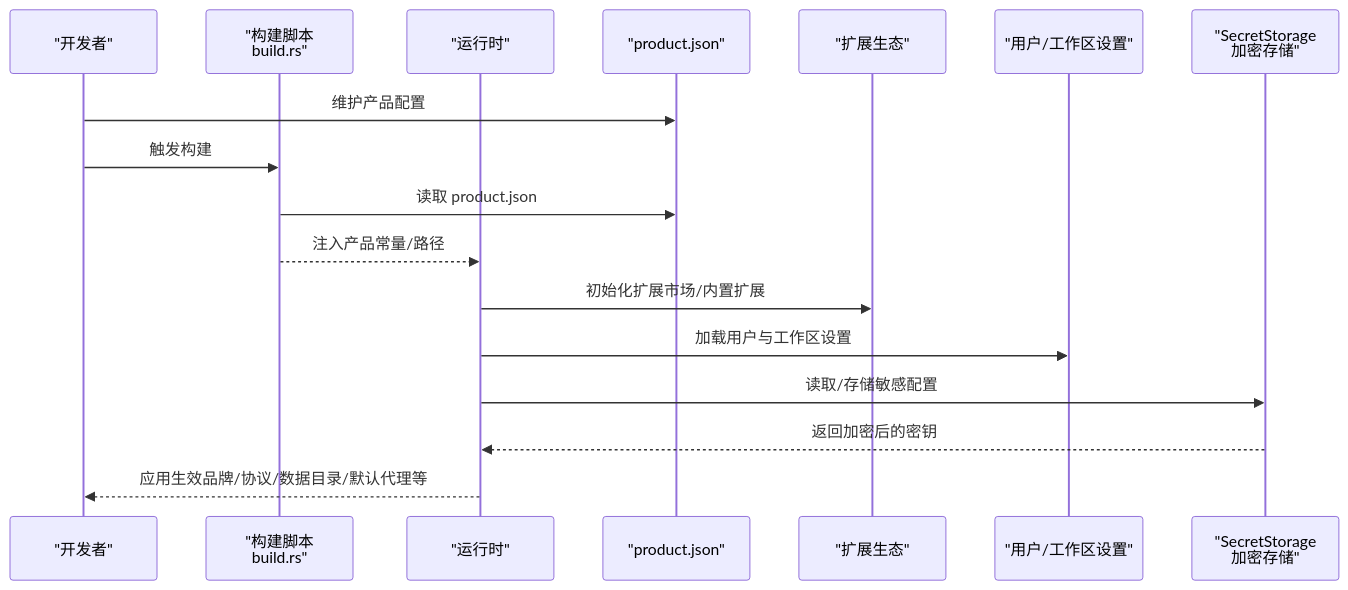
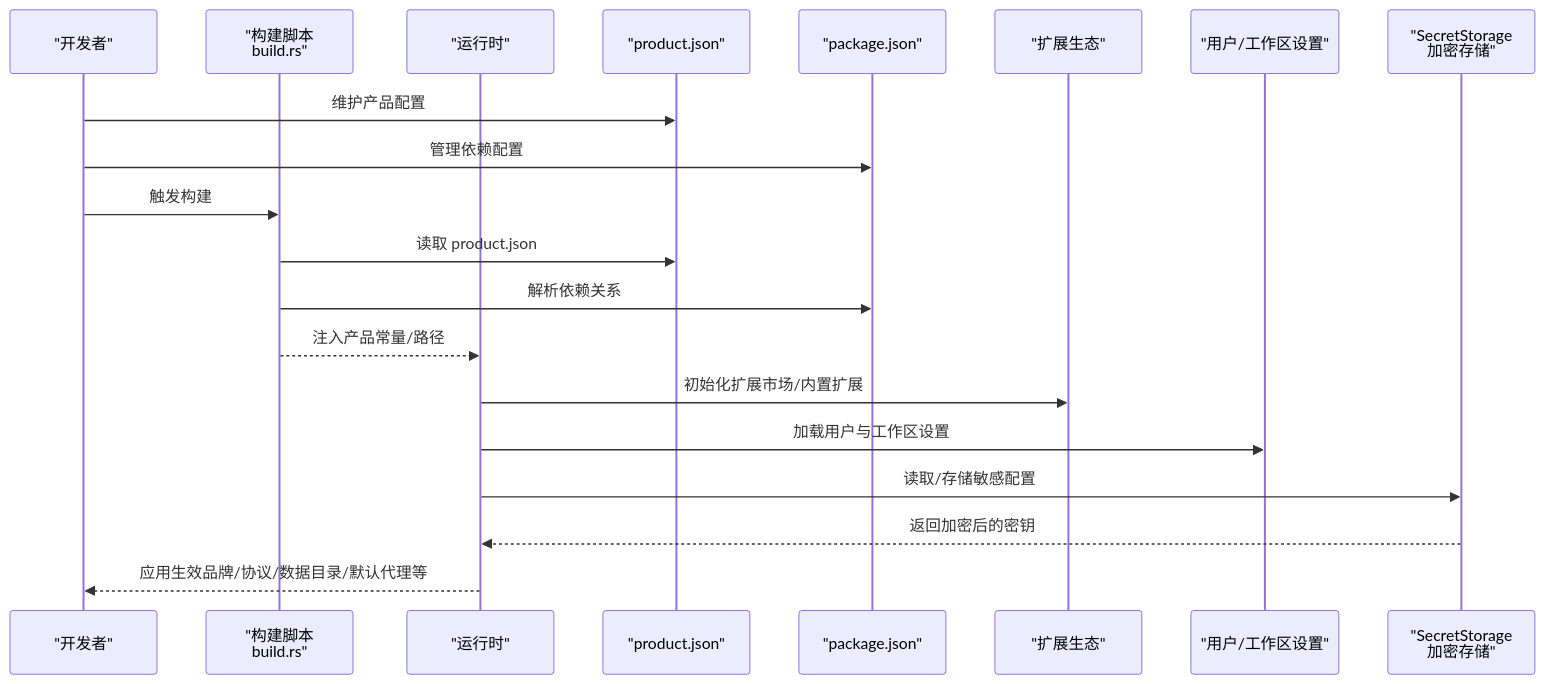
Before and after one commit to sofate798/KodrixCode: the second of 5 diagrams in .qoder/repowiki/zh/content/配置管理.md, drawn with Mermaid. The commit also changed other lines of this file and 9 other files, not shown here.

````diff
--- a/.qoder/repowiki/zh/content/配置管理.md
+++ b/.qoder/repowiki/zh/content/配置管理.md
@@ -116,19 +127,22 @@
 ```mermaid
 sequenceDiagram
 participant Dev as "开发者"
 participant Build as "构建脚本<br/>build.rs"
 participant Runtime as "运行时"
 participant Product as "product.json"
+participant Package as "package.json"
 participant Ext as "扩展生态"
 participant UserCfg as "用户/工作区设置"
 participant SecretStore as "SecretStorage<br/>加密存储"
 Dev->>Product : 维护产品配置
+Dev->>Package : 管理依赖配置
 Dev->>Build : 触发构建
 Build->>Product : 读取 product.json
+Build->>Package : 解析依赖关系
 Build-->>Runtime : 注入产品常量/路径
 Runtime->>Ext : 初始化扩展市场/内置扩展
 Runtime->>UserCfg : 加载用户与工作区设置
 Runtime->>SecretStore : 读取/存储敏感配置
 SecretStore-->>Runtime : 返回加密后的密钥
 Runtime-->>Dev : 应用生效品牌/协议/数据目录/默认代理等
 ```
````
